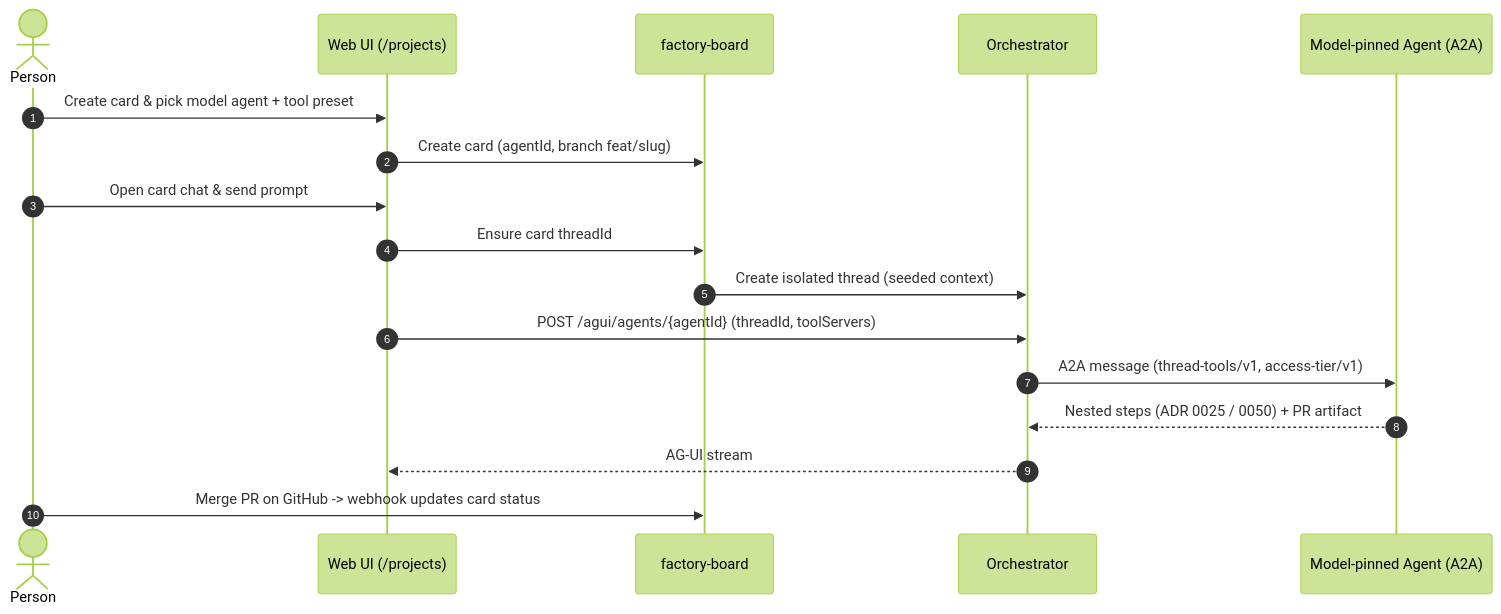
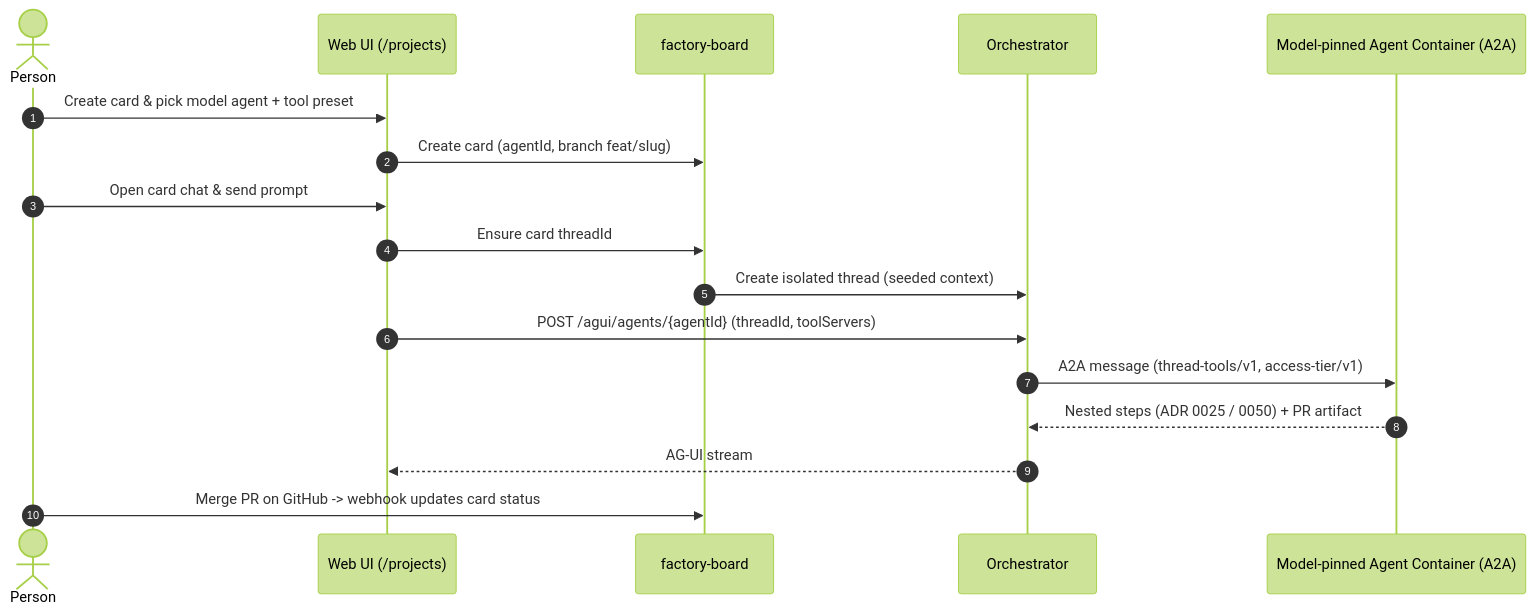
The first of 2 diagrams in docs/decisions/0072-app-factory-board-and-model-selection.md (marcjazz/another-agentic-system), drawn with Mermaid (forest theme) before and after one commit. The commit also changed other lines of this file and 2 other files, not shown here.

````diff
--- a/docs/decisions/0072-app-factory-board-and-model-selection.md
+++ b/docs/decisions/0072-app-factory-board-and-model-selection.md
@@ -38,20 +43,20 @@
 ```mermaid
 sequenceDiagram
   autonumber
   actor U as Person
   participant W as Web UI (/projects)
   participant FB as factory-board
   participant O as Orchestrator
-  participant A as Model-pinned Agent (A2A)
+  participant A as Model-pinned Agent Container (A2A)
 
   U->>W: Create card & pick model agent + tool preset
   W->>FB: Create card (agentId, branch feat/slug)
   U->>W: Open card chat & send prompt
   W->>FB: Ensure card threadId
   FB->>O: Create isolated thread (seeded context)
   W->>O: POST /agui/agents/{agentId} (threadId, toolServers)
   O->>A: A2A message (thread-tools/v1, access-tier/v1)
   A-->>O: Nested steps (ADR 0025 / 0050) + PR artifact
   O-->>W: AG-UI stream
   U->>FB: Merge PR on GitHub -> webhook updates card status
 ```
````
